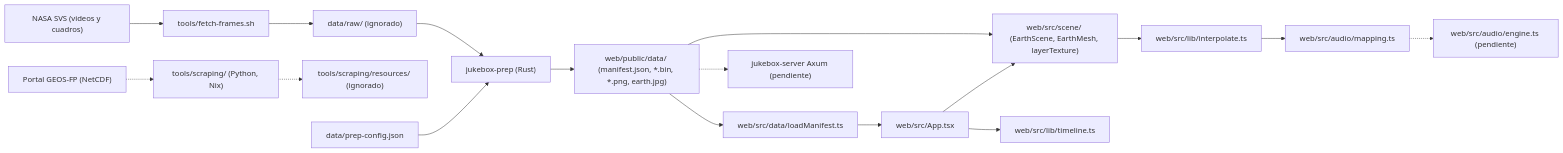
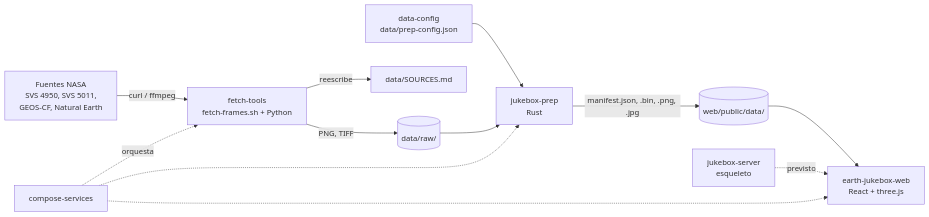
Before and after one commit to AndresNavarrom/Nasa-Challenge: the first of 3 diagrams in aidlc/spaces/default/codekb/Nasa-Challenge/architecture.md, drawn with Mermaid. The commit also changed other lines of this file and 8 other files, not shown here.

````diff
--- a/aidlc/spaces/default/codekb/Nasa-Challenge/architecture.md
+++ b/aidlc/spaces/default/codekb/Nasa-Challenge/architecture.md
@@ -15,19 +15,14 @@
 ```mermaid
 flowchart LR
-  NASA["NASA SVS (videos y cuadros)"] --> Fetch["tools/fetch-frames.sh"]
-  Fetch --> Raw["data/raw/ (ignorado)"]
-  GEOS["Portal GEOS-FP (NetCDF)"] -.-> Scrap["tools/scraping/ (Python, Nix)"]
-  Scrap -.-> Res["tools/scraping/resources/ (ignorado)"]
-  Config["data/prep-config.json"] --> Prep["jukebox-prep (Rust)"]
-  Raw --> Prep
-  Prep --> Data["web/public/data/ (manifest.json, *.bin, *.png, earth.jpg)"]
-  Data --> Loader["web/src/data/loadManifest.ts"]
-  Loader --> App["web/src/App.tsx"]
-  App --> Scene["web/src/scene/ (EarthScene, EarthMesh, layerTexture)"]
-  Data --> Scene
-  Scene --> Interp["web/src/lib/interpolate.ts"]
-  App --> Timeline["web/src/lib/timeline.ts"]
-  Interp --> Mapping["web/src/audio/mapping.ts"]
-  Mapping -.-> Engine["web/src/audio/engine.ts (pendiente)"]
-  Data -.-> Server["jukebox-server Axum (pendiente)"]
+  NASA["Fuentes NASA<br/>SVS 4950, SVS 5011,<br/>GEOS-CF, Natural Earth"] -->|curl / ffmpeg| FETCH["fetch-tools<br/>fetch-frames.sh + Python"]
+  FETCH -->|PNG, TIFF| RAW[("data/raw/")]
+  FETCH -->|reescribe| SRC["data/SOURCES.md"]
+  CFG["data-config<br/>data/prep-config.json"] --> PREP["jukebox-prep<br/>Rust"]
+  RAW --> PREP
+  PREP -->|manifest.json, .bin, .png, .jpg| OUT[("web/public/data/")]
+  OUT --> WEB["earth-jukebox-web<br/>React + three.js"]
+  SERVER["jukebox-server<br/>esqueleto"] -.->|previsto| WEB
+  COMPOSE["compose-services"] -.->|orquesta| FETCH
+  COMPOSE -.-> PREP
+  COMPOSE -.-> WEB
 ```
````
